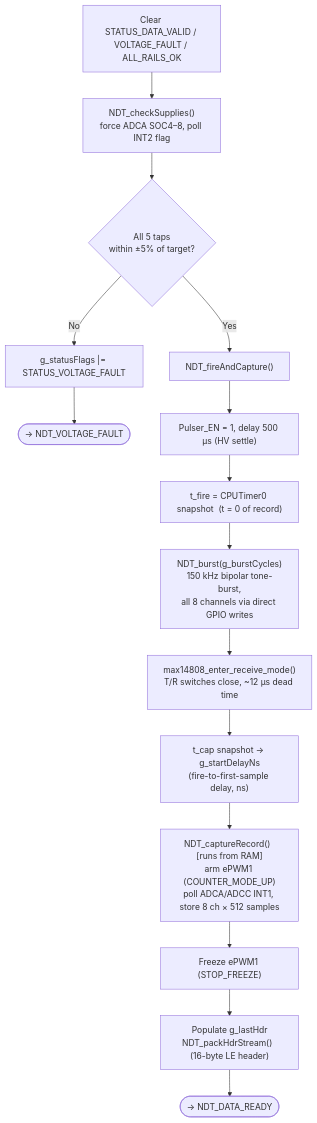
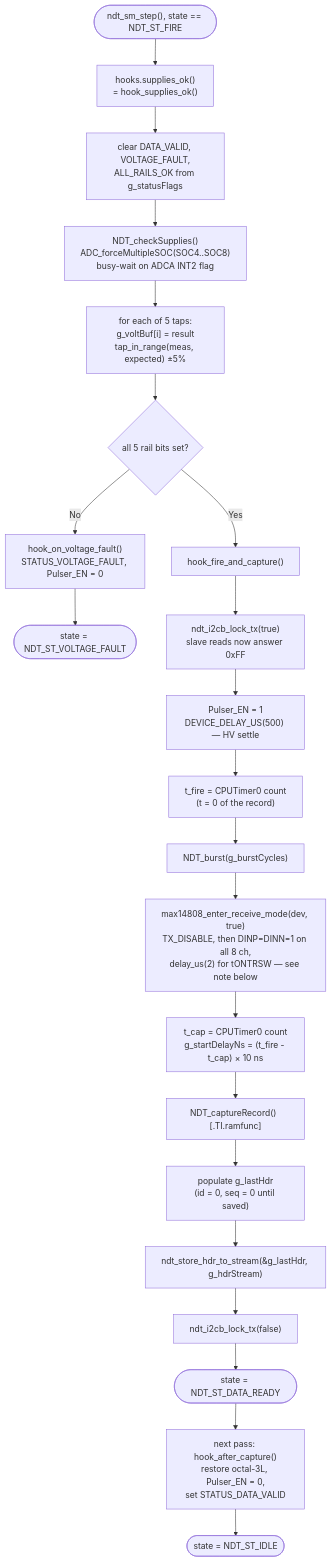
One commit to Yunus911me/NDT_AUXILIARY changed the seventh of 14 diagrams in flowchart.md. Above: the diagram before and after it, drawn with Mermaid. The commit also changed other lines of this file and 1 other file, not shown here.

````diff
--- a/flowchart.md
+++ b/flowchart.md
@@ -54,16 +214,27 @@
 ```mermaid
 flowchart TD
-    F1["Clear STATUS_DATA_VALID / VOLTAGE_FAULT / ALL_RAILS_OK"] --> F2["NDT_checkSupplies()\nforce ADCA SOC4–8, poll INT2 flag"]
-    F2 --> F3{"All 5 taps\nwithin ±5% of target?"}
-    F3 -->|No| F4["g_statusFlags |= STATUS_VOLTAGE_FAULT"] --> F5(["→ NDT_VOLTAGE_FAULT"])
-    F3 -->|Yes| F6["NDT_fireAndCapture()"]
-    F6 --> F7["Pulser_EN = 1, delay 500 µs (HV settle)"]
-    F7 --> F8["t_fire = CPUTimer0 snapshot  (t = 0 of record)"]
-    F8 --> F9["NDT_burst(g_burstCycles)\n150 kHz bipolar tone-burst,\nall 8 channels via direct GPIO writes"]
-    F9 --> F10["max14808_enter_receive_mode()\nT/R switches close, ~12 µs dead time"]
-    F10 --> F11["t_cap snapshot → g_startDelayNs\n(fire-to-first-sample delay, ns)"]
-    F11 --> F12["NDT_captureRecord()  [runs from RAM]\narm ePWM1 (COUNTER_MODE_UP)\npoll ADCA/ADCC INT1, store 8 ch × 512 samples"]
-    F12 --> F13["Freeze ePWM1 (STOP_FREEZE)"]
-    F13 --> F14["Populate g_lastHdr\nNDT_packHdrStream()  (16-byte LE header)"]
-    F14 --> F15(["→ NDT_DATA_READY"])
+    F0(["ndt_sm_step(), state == NDT_ST_FIRE"]) --> F1["hooks.supplies_ok()<br/>= hook_supplies_ok()"]
+    F1 --> F2["clear DATA_VALID, VOLTAGE_FAULT,<br/>ALL_RAILS_OK from g_statusFlags"]
+    F2 --> F3["NDT_checkSupplies()<br/>ADC_forceMultipleSOC(SOC4..SOC8)<br/>busy-wait on ADCA INT2 flag"]
+    F3 --> F4["for each of 5 taps:<br/>g_voltBuf[i] = result<br/>tap_in_range(meas, expected) ±5%"]
+    F4 --> F5{"all 5 rail bits set?"}
+
+    F5 -->|No| V1["hook_on_voltage_fault()<br/>STATUS_VOLTAGE_FAULT, Pulser_EN = 0"]
+    V1 --> V2(["state = NDT_ST_VOLTAGE_FAULT"])
+
+    F5 -->|Yes| G1["hook_fire_and_capture()"]
+    G1 --> G2["ndt_i2cb_lock_tx(true)<br/>slave reads now answer 0xFF"]
+    G2 --> G3["Pulser_EN = 1<br/>DEVICE_DELAY_US(500) — HV settle"]
+    G3 --> G4["t_fire = CPUTimer0 count<br/>(t = 0 of the record)"]
+    G4 --> G5["NDT_burst(g_burstCycles)"]
+    G5 --> G6["max14808_enter_receive_mode(dev, true)<br/>TX_DISABLE, then DINP=DINN=1 on all 8 ch,<br/>delay_us(2) for tONTRSW — see note below"]
+    G6 --> G7["t_cap = CPUTimer0 count<br/>g_startDelayNs = (t_fire - t_cap) × 10 ns"]
+    G7 --> G8["NDT_captureRecord()  [.TI.ramfunc]"]
+    G8 --> G9["populate g_lastHdr<br/>(id = 0, seq = 0 until saved)"]
+    G9 --> G10["ndt_store_hdr_to_stream(&g_lastHdr, g_hdrStream)"]
+    G10 --> G11["ndt_i2cb_lock_tx(false)"]
+    G11 --> G12(["state = NDT_ST_DATA_READY"])
+
+    G12 --> H1["next pass: hook_after_capture()<br/>restore octal-3L, Pulser_EN = 0,<br/>set STATUS_DATA_VALID"]
+    H1 --> H2(["state = NDT_ST_IDLE"])
 ```
````
